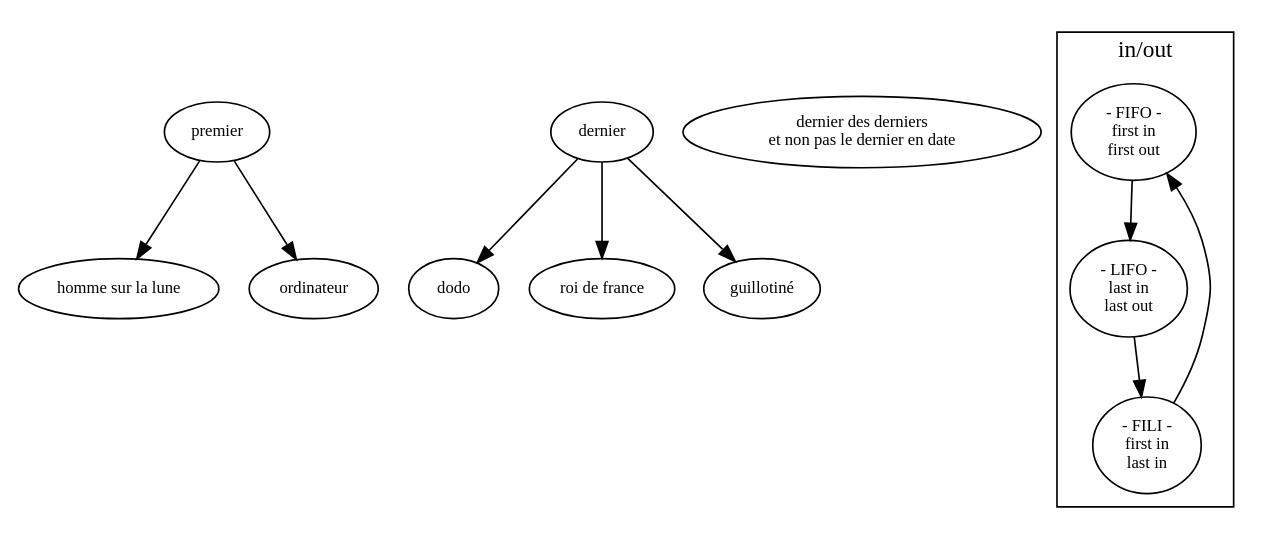
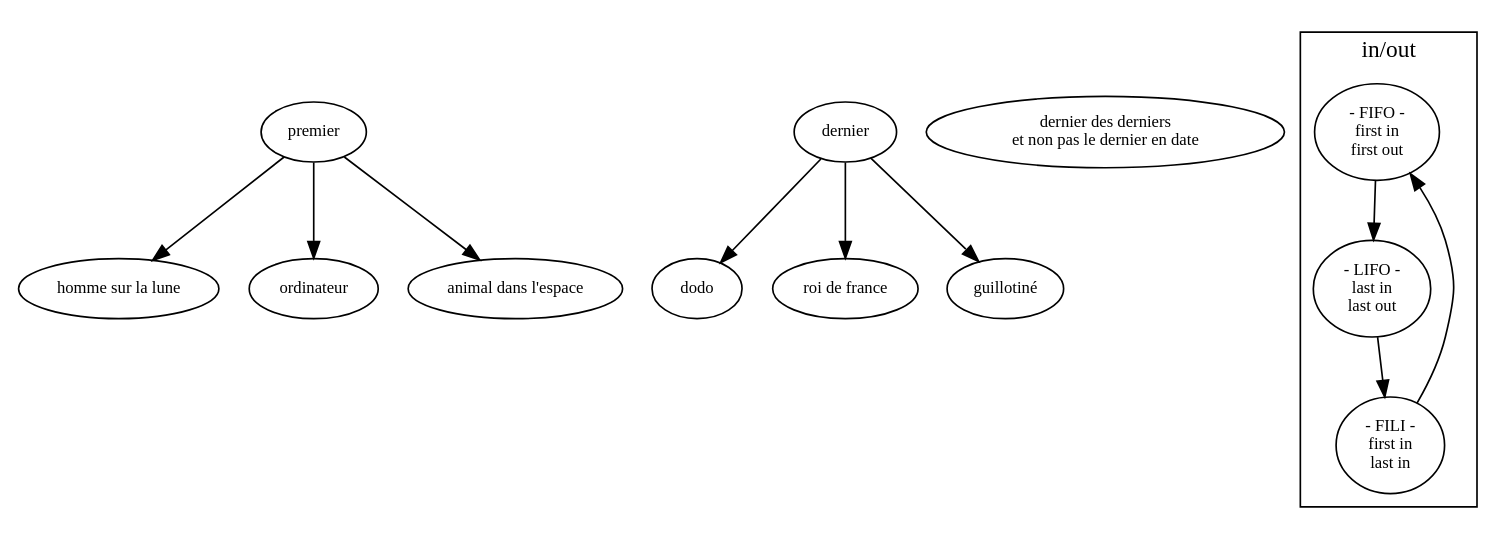
One commit to ensad-nancy/first-last changed the diagram in sujet.dot. Above: the diagram before and after it, drawn with Graphviz.

Commit message:
+	first -> "animal dans l'espace"

```diff
--- a/sujet.dot
+++ b/sujet.dot
@@ -1,34 +1,33 @@
 digraph {
-
 
 	fontname="myriadpro"
 	fontsize = 14
-	
 	
 	node [fontname="myriadpro", fontsize = 10]
 	edge [fontname="monaco", fontsize = 9]
 	
 	first [label="premier"]
 	last [label="dernier"]
 	
 	"dernier des derniers\n et non pas le dernier en date" 
 
 	first -> "homme sur la lune"
 	first -> "ordinateur"
+	first -> "animal dans l'espace"
 	
 	last -> dodo
 	last -> "roi de france"
 	last -> "guillotiné"
 
 	subgraph cluster_FO{
 	
 		label="in/out"
 		
 		FIFO [label="- FIFO -\nfirst in\nfirst out"]
 		LIFO [label="- LIFO -\nlast in\nlast out"]
 		FILI [label="- FILI -\nfirst in\n last in"]
 
 		FILI -> FIFO -> LIFO -> FILI
 	}
 	
 }
```
